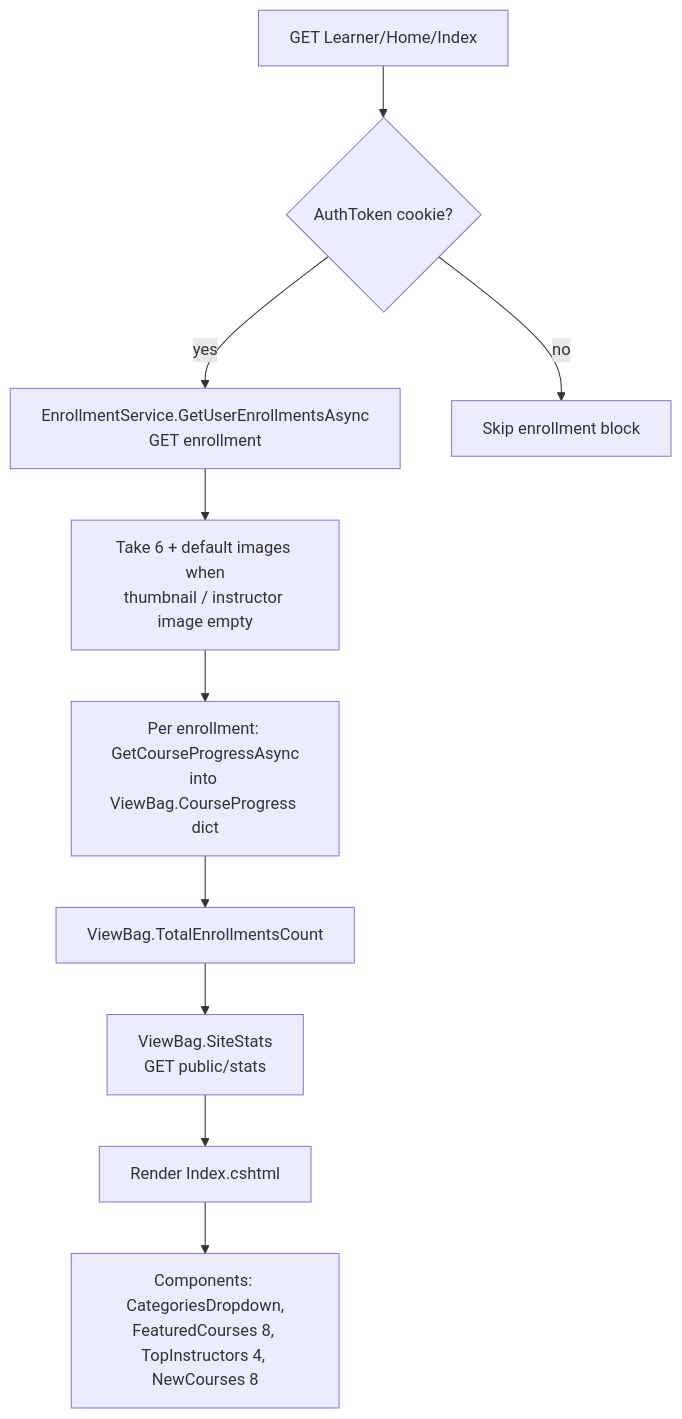
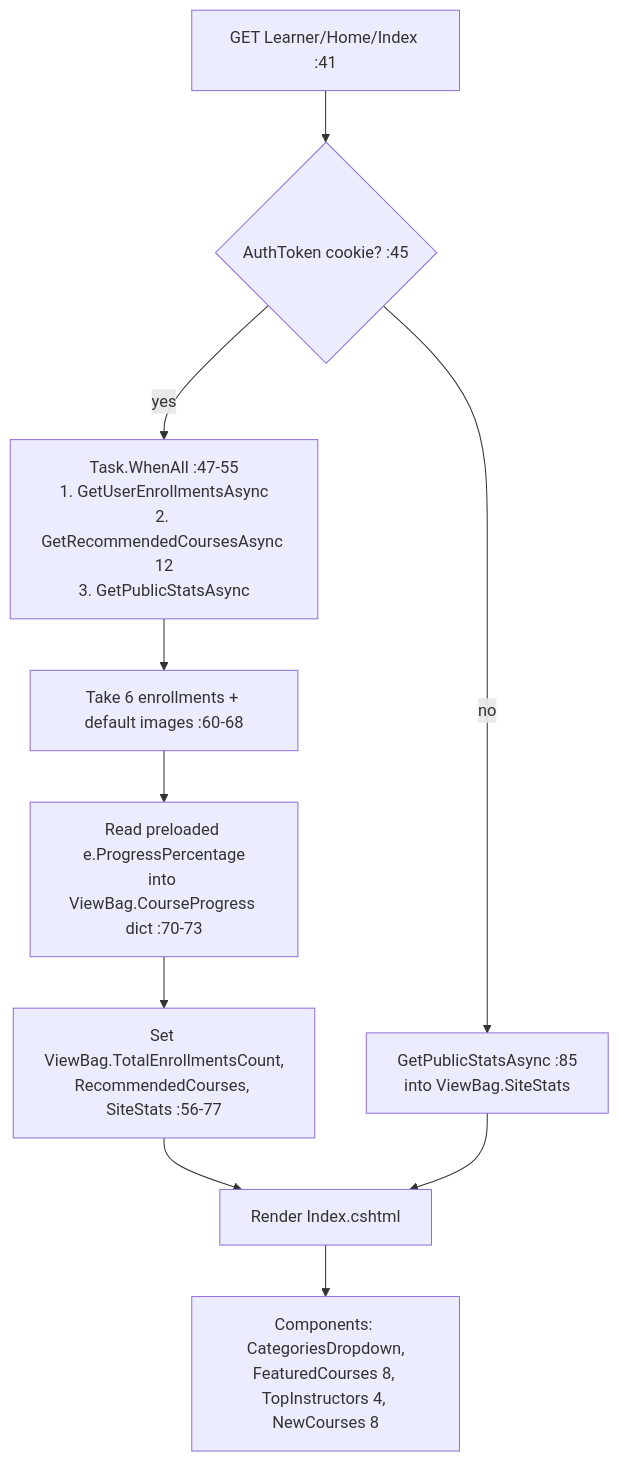
One commit to MohamedGasser15/Education-Lab changed the first of 3 diagrams in Documentation/Modules/MVC/Learner/HomeController.md. Above: the diagram before and after it, drawn with Mermaid. The commit also changed other lines of this file and 20 other files, not shown here.

Commit message:
docs(modules): update system architecture and module documentation

````diff
--- a/Documentation/Modules/MVC/Learner/HomeController.md
+++ b/Documentation/Modules/MVC/Learner/HomeController.md
@@ -99,12 +102,12 @@
 ```mermaid
 flowchart TD
-    A[GET Learner/Home/Index] --> B{AuthToken cookie?}
-    B -->|yes| C[EnrollmentService.GetUserEnrollmentsAsync<br/>GET enrollment]
-    C --> D[Take 6 + default images when<br/>thumbnail / instructor image empty]
-    D --> E[Per enrollment: GetCourseProgressAsync<br/>into ViewBag.CourseProgress dict]
-    E --> F[ViewBag.TotalEnrollmentsCount]
-    B -->|no| G[Skip enrollment block]
-    F --> H[ViewBag.SiteStats<br/>GET public/stats]
-    H --> I[Render Index.cshtml]
+    A[GET Learner/Home/Index :41] --> B{AuthToken cookie? :45}
+    B -->|yes| C[Task.WhenAll :47-55<br/>1. GetUserEnrollmentsAsync<br/>2. GetRecommendedCoursesAsync 12<br/>3. GetPublicStatsAsync]
+    C --> D[Take 6 enrollments + default images :60-68]
+    D --> E[Read preloaded e.ProgressPercentage<br/>into ViewBag.CourseProgress dict :70-73]
+    E --> F[Set ViewBag.TotalEnrollmentsCount,<br/>RecommendedCourses, SiteStats :56-77]
+    B -->|no| G[GetPublicStatsAsync :85<br/>into ViewBag.SiteStats]
+    F --> I[Render Index.cshtml]
+    G --> I
     I --> J[Components: CategoriesDropdown,<br/>FeaturedCourses 8, TopInstructors 4, NewCourses 8]
 ```
````
